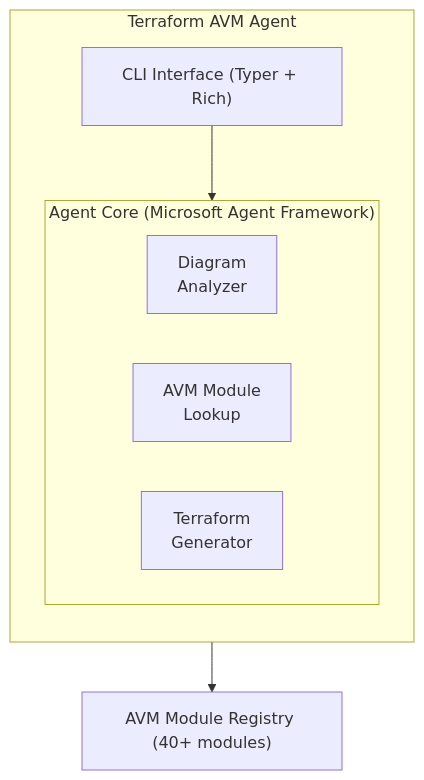
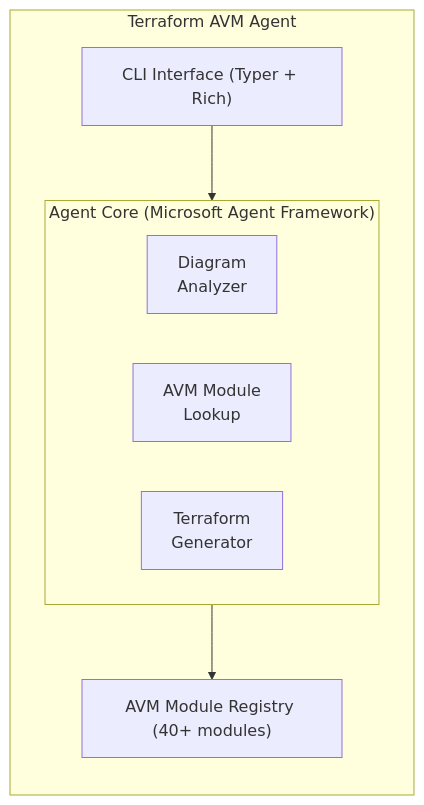
The diagram in README.md (sujaypillai/tf-avm-agent), drawn with Mermaid before and after one commit.

Commit message:
Keep Registry inside Agent to match original architecture

````diff
--- a/README.md
+++ b/README.md
@@ -195,19 +195,19 @@
 ```mermaid
 graph TB
     subgraph Agent["Terraform AVM Agent"]
         direction TB
         CLI["CLI Interface (Typer + Rich)"]
         
         subgraph Core["Agent Core (Microsoft Agent Framework)"]
             direction LR
             DA["Diagram<br/>Analyzer"]
             AVM["AVM Module<br/>Lookup"]
             TG["Terraform<br/>Generator"]
         end
         
+        Registry["AVM Module Registry (40+ modules)"]
+        
         CLI --> Core
+        Core --> Registry
     end
-    
-    Registry["AVM Module Registry (40+ modules)"]
-    Core --> Registry
 ```
````
